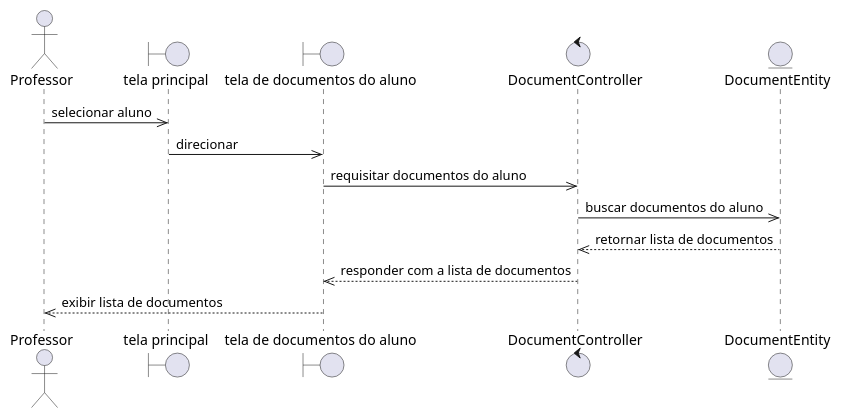
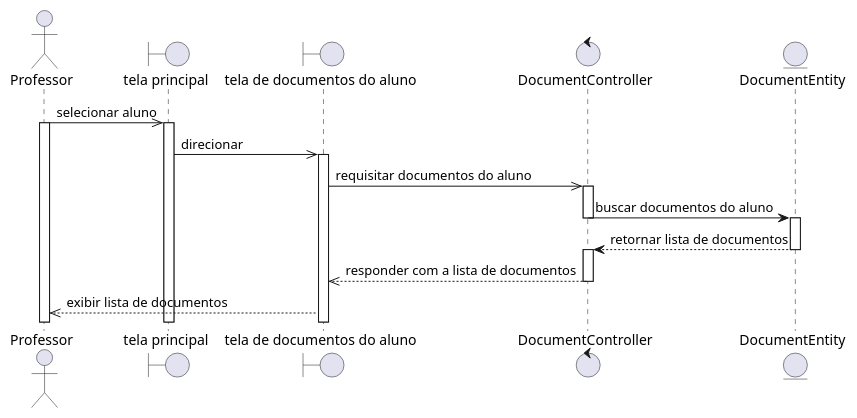
One commit to rodrigoRolim/CAdiagrams changed the diagram in sequence/professor/professor.viewdocs.wsd. Above: the diagram before and after it, drawn with PlantUML. The commit also changed 7 other files, not shown here.

```diff
--- a/sequence/professor/professor.viewdocs.wsd
+++ b/sequence/professor/professor.viewdocs.wsd
@@ -1,16 +1,25 @@
 @startuml
 actor Professor
 boundary "tela principal" as home
 boundary "tela de documentos do aluno" as documentos
 control DocumentController as controller
 entity DocumentEntity as model
 
 Professor ->> home: selecionar aluno
+activate Professor
+activate home
 home ->> documentos: direcionar
+activate documentos
 documentos ->> controller: requisitar documentos do aluno
-controller ->> model: buscar documentos do aluno
-model -->> controller: retornar lista de documentos
+activate controller
+controller -> model: buscar documentos do aluno
+deactivate controller
+activate model
+model --> controller: retornar lista de documentos
+deactivate model
+activate controller
 controller -->> documentos: responder com a lista de documentos
+deactivate controller
 documentos -->> Professor: exibir lista de documentos
 
 @enduml
```
